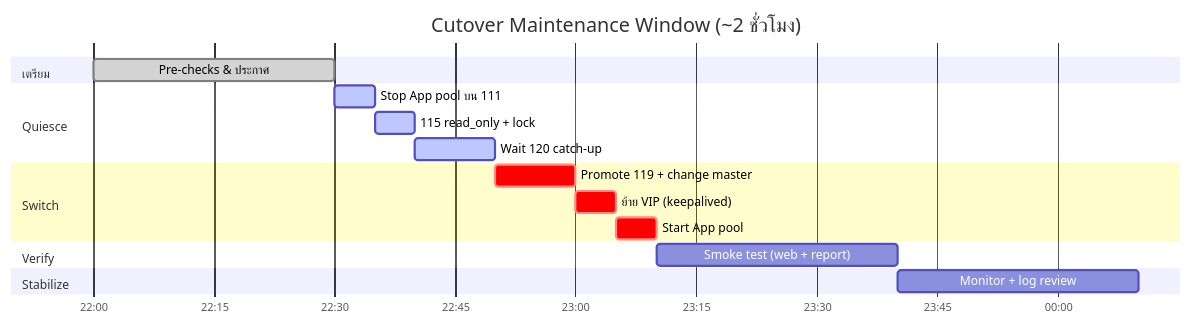
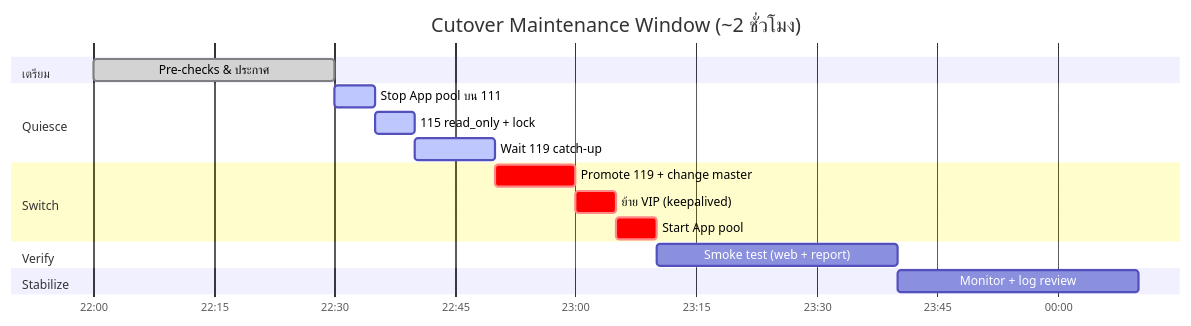
Before and after one commit to mryot/YotHealth: the fifth of 11 diagrams in Migration-Manual-115-116-to-119-120-AsBuilt.md, drawn with Mermaid. The commit also changed other lines of this file, not shown here.

````diff
--- a/Migration-Manual-115-116-to-119-120-AsBuilt.md
+++ b/Migration-Manual-115-116-to-119-120-AsBuilt.md
@@ -149,20 +152,20 @@
 ```mermaid
 gantt
     title Cutover Maintenance Window (~2 ชั่วโมง)
     dateFormat HH:mm
     axisFormat %H:%M
     section เตรียม
     Pre-checks & ประกาศ          :done, prep, 22:00, 30m
     section Quiesce
     Stop App pool บน 111         :active, q1, 22:30, 5m
     115 read_only + lock         :active, q2, after q1, 5m
-    Wait 120 catch-up            :active, q3, after q2, 10m
+    Wait 119 catch-up            :active, q3, after q2, 10m
     section Switch
     Promote 119 + change master  :crit, sw1, after q3, 10m
     ย้าย VIP (keepalived)        :crit, sw2, after sw1, 5m
     Start App pool               :crit, sw3, after sw2, 5m
     section Verify
     Smoke test (web + report)    :ver, after sw3, 30m
     section Stabilize
     Monitor + log review         :mon, after ver, 30m
 ```
````
